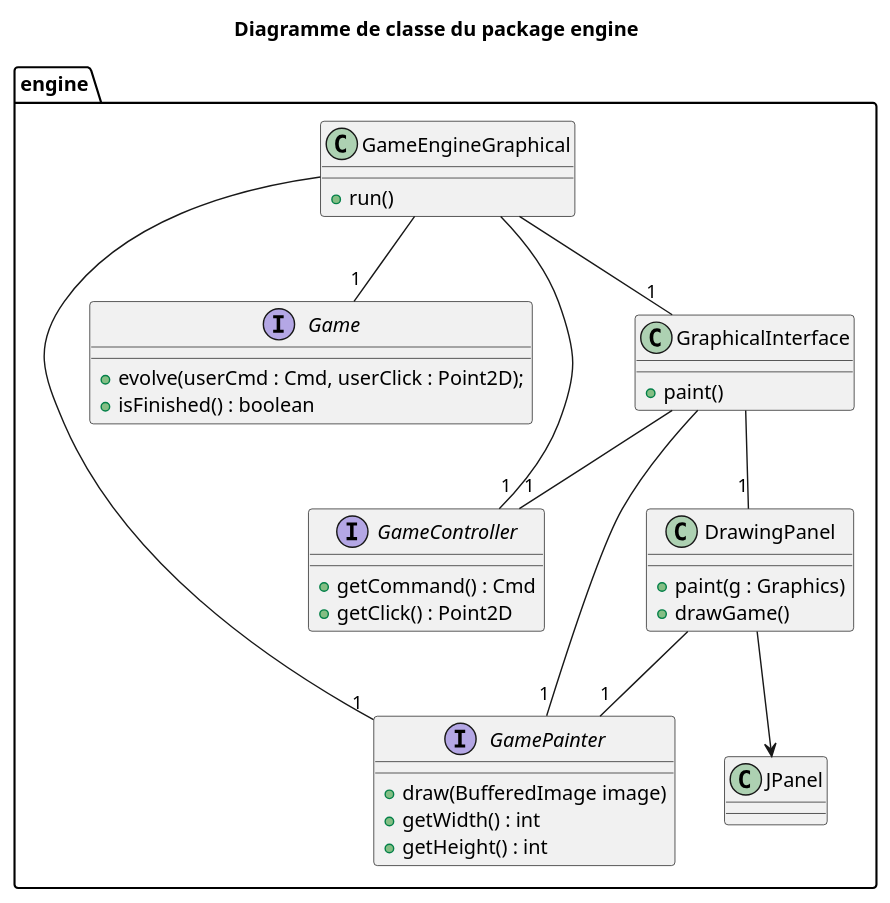
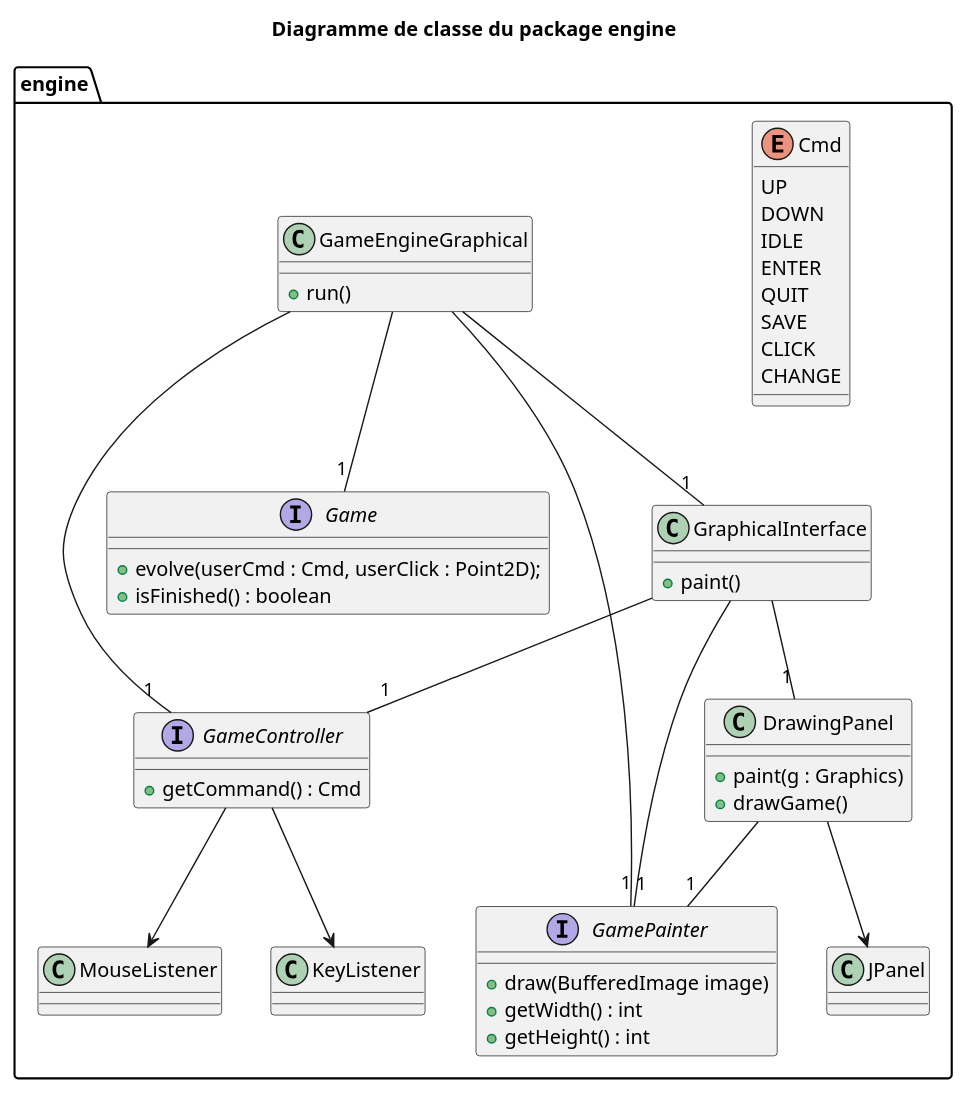
Before and after one commit to AntoineCourtil/CAD2018_Laraclette: the diagram in conception/final/diag_classe_package_engine.plantuml, drawn with PlantUML. The commit also changed 13 other files, not shown here.

```diff
--- a/conception/final/diag_classe_package_engine.plantuml
+++ b/conception/final/diag_classe_package_engine.plantuml
@@ -1,48 +1,66 @@
 @startuml
 
 title Moteur du jeux
 
 title Diagramme de classe du package engine
 
 package engine {
 
     class DrawingPanel {
         + paint(g : Graphics)
         + drawGame() 
     }
     DrawingPanel --> JPanel
     DrawingPanel --"1" GamePainter
 
     interface Game {
         + evolve(userCmd : Cmd, userClick : Point2D);
         + isFinished() : boolean
     }
 
     interface GameController {
         + getCommand() : Cmd
-        + getClick() : Point2D
     }
 
     interface GamePainter {
         + draw(BufferedImage image)
         + getWidth() : int
 	    + getHeight() : int
     }
 
+    enum Cmd{
+        UP
+        DOWN
+        IDLE
+        ENTER
+        QUIT
+        SAVE
+        CLICK
+        CHANGE
+    }
+
     class GameEngineGraphical {
         + run()
+    }
+
+    class KeyListener{
+    }
+    class MouseListener{
     }
     GameEngineGraphical --"1" Game
     GameEngineGraphical --"1" GamePainter
     GameEngineGraphical --"1" GameController
     GameEngineGraphical --"1" GraphicalInterface
+
+    GameController --> KeyListener
+    GameController --> MouseListener
 
     class GraphicalInterface {
         + paint()
     }
     GraphicalInterface --"1" DrawingPanel
     GraphicalInterface --"1" GamePainter
     GraphicalInterface --"1" GameController   
 }
 
 @enduml
```
